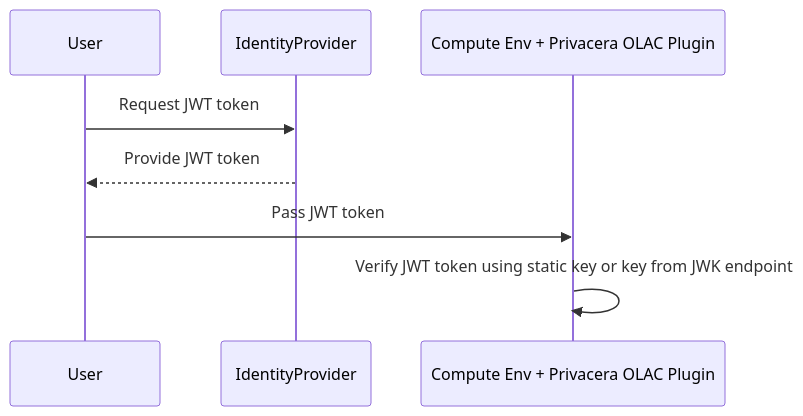
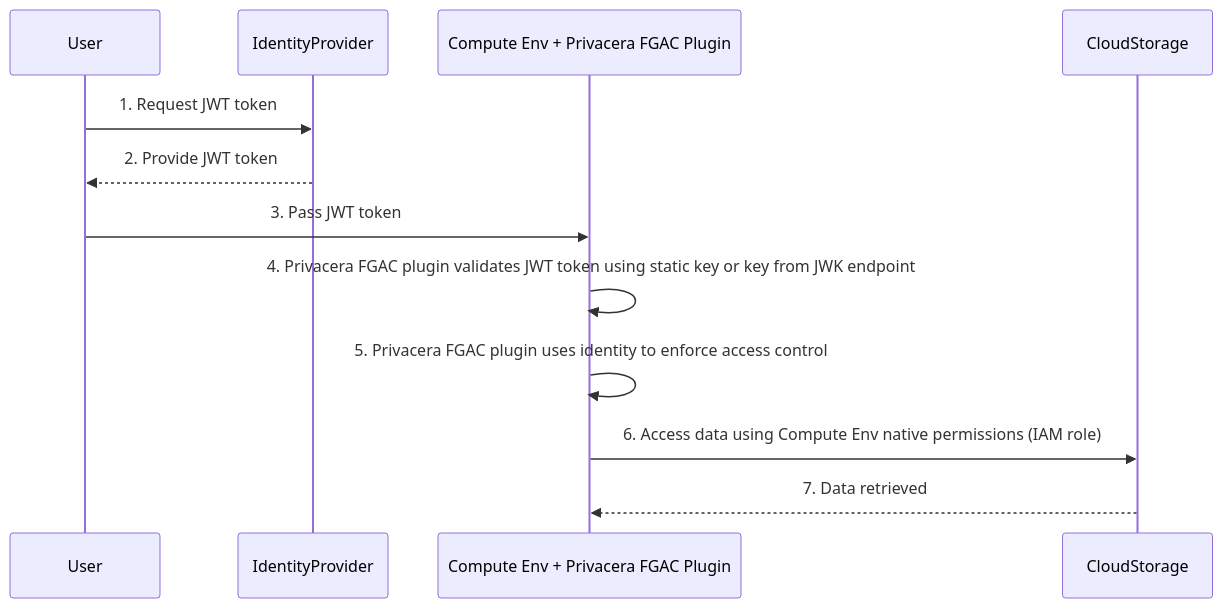
Before and after one commit to rangrej-irfan/docs: the second of 2 diagrams in mkdocs/docs/resources/design/access-management/jwt_token_user_identity.md, drawn with Mermaid. The commit also changed other lines of this file and 1 other file, not shown here.

````diff
--- a/mkdocs/docs/resources/design/access-management/jwt_token_user_identity.md
+++ b/mkdocs/docs/resources/design/access-management/jwt_token_user_identity.md
@@ -72,11 +72,15 @@
 ```mermaid
 sequenceDiagram
     participant User
     participant IdentityProvider
-    participant ComputeEnv as Compute Env + Privacera OLAC Plugin 
+    participant ComputeEnv as Compute Env + Privacera FGAC Plugin 
+    participant CloudStorage
 
-    User->>IdentityProvider: Request JWT token
-    IdentityProvider-->>User: Provide JWT token
-    User->>ComputeEnv: Pass JWT token
-    ComputeEnv->>ComputeEnv: Verify JWT token using static key or key from JWK endpoint
+    User->>IdentityProvider: 1. Request JWT token
+    IdentityProvider-->>User: 2. Provide JWT token
+    User->>ComputeEnv: 3. Pass JWT token
+    ComputeEnv->>ComputeEnv: 4. Privacera FGAC plugin validates JWT token using static key or key from JWK endpoint
+    ComputeEnv->>ComputeEnv: 5. Privacera FGAC plugin uses identity to enforce access control
+    ComputeEnv->>CloudStorage: 6. Access data using Compute Env native permissions (IAM role)
+    CloudStorage-->>ComputeEnv: 7. Data retrieved
 ```
````
